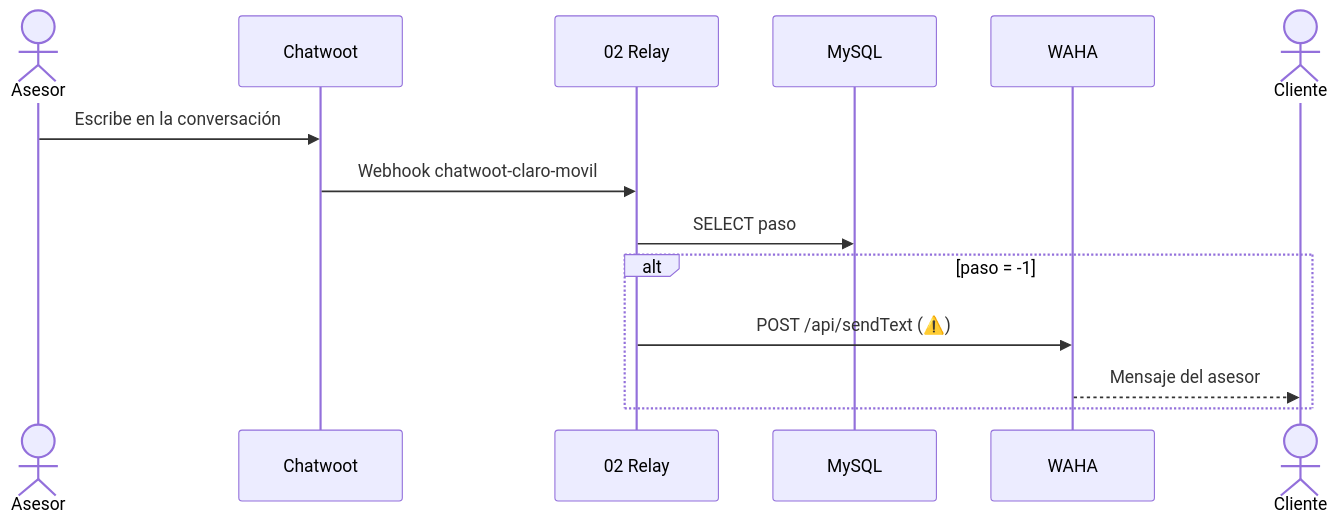
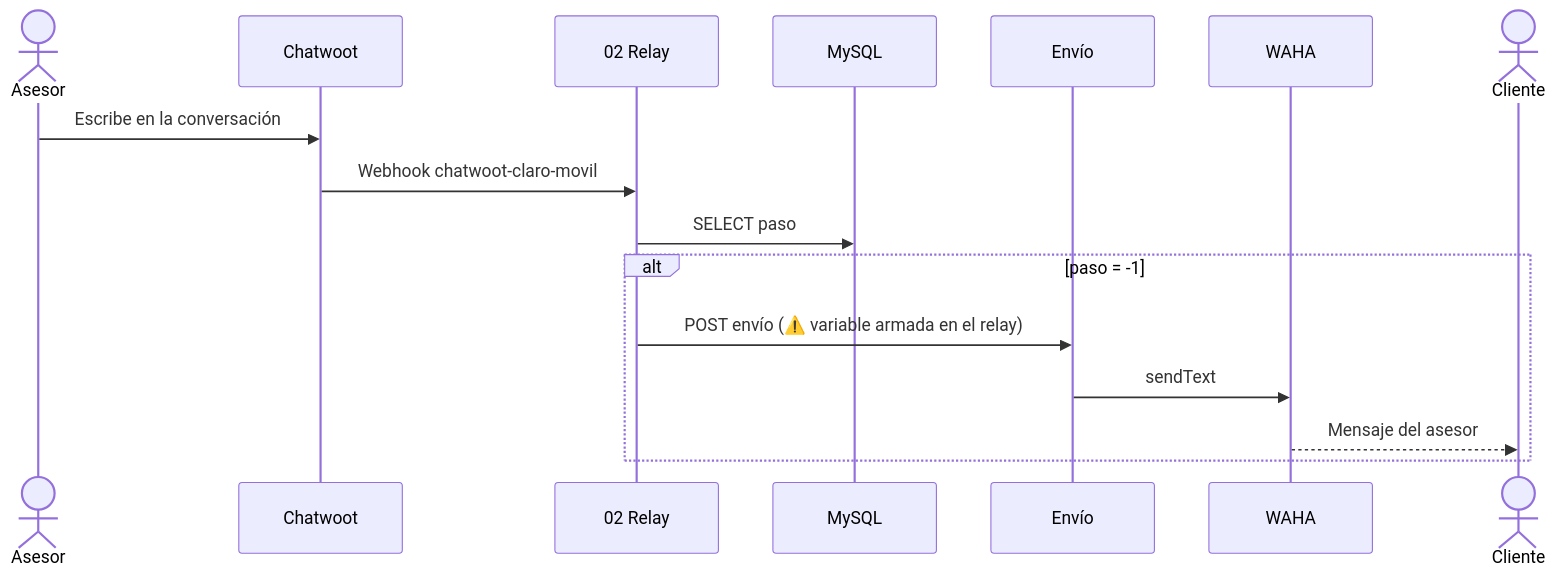
Before and after one commit to VictorMagrdev/brain: the fourth of 4 diagrams in Pitches/Pitch-Migracion-WAHA-CLARO_MOVIL.md, drawn with Mermaid. The commit also changed other lines of this file and 15 other files, not shown here.

````diff
--- a/Pitches/Pitch-Migracion-WAHA-CLARO_MOVIL.md
+++ b/Pitches/Pitch-Migracion-WAHA-CLARO_MOVIL.md
@@ -143,16 +174,18 @@
 ```mermaid
 sequenceDiagram
     actor A as Asesor
     participant CW as Chatwoot
-    participant R as 02 Relay
+    participant RL as 02 Relay
     participant DB as MySQL
+    participant E as Envío
     participant W as WAHA
     actor C as Cliente
     A->>CW: Escribe en la conversación
-    CW->>R: Webhook chatwoot-claro-movil
-    R->>DB: SELECT paso
+    CW->>RL: Webhook chatwoot-claro-movil
+    RL->>DB: SELECT paso
     alt paso = -1
-        R->>W: POST /api/sendText (⚠️)
+        RL->>E: POST envío (⚠️ variable armada en el relay)
+        E->>W: sendText
         W-->>C: Mensaje del asesor
     end
 ```
````
